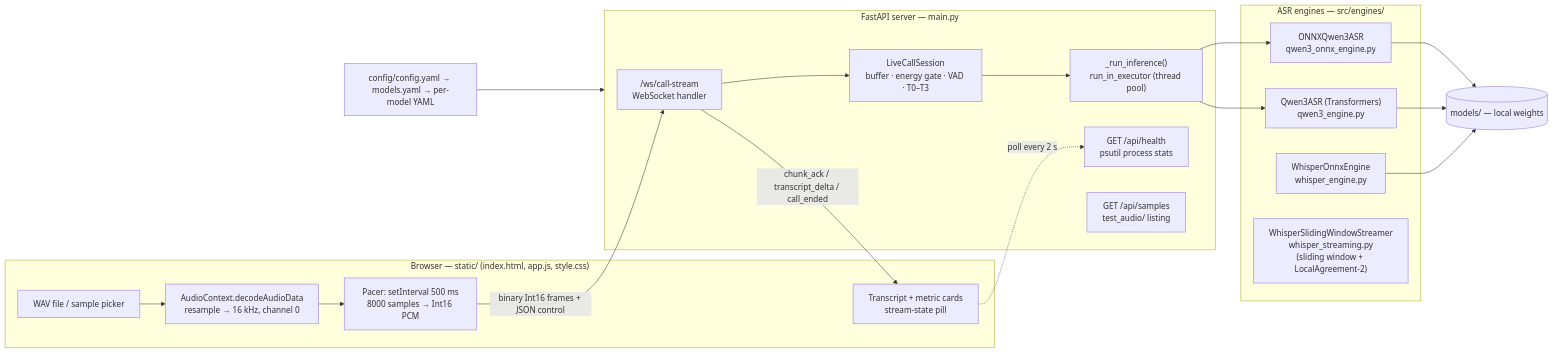
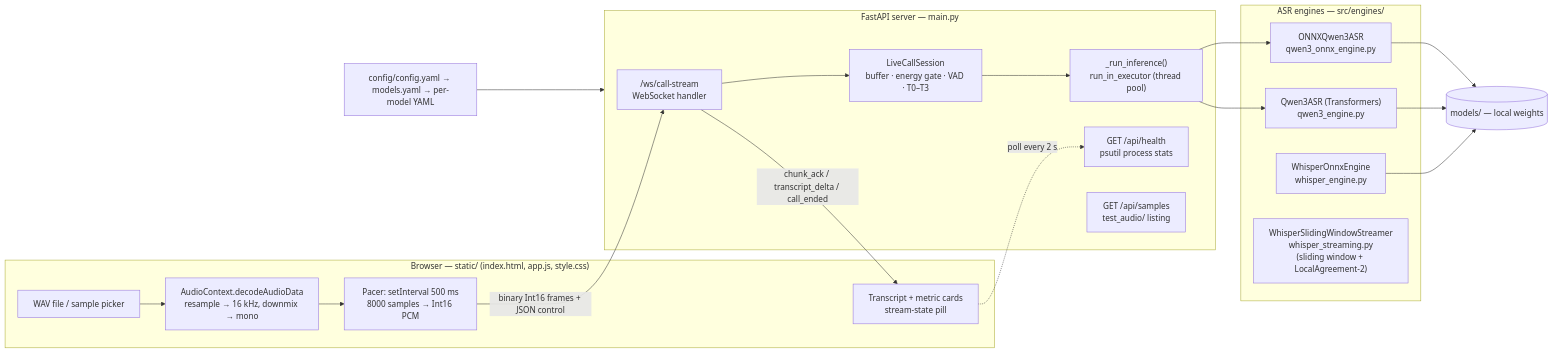
Before and after one commit to naseemap47/RT-MASR-CPU: the first of 3 diagrams in docs/arch/architecture.md, drawn with Mermaid. The commit also changed other lines of this file and 7 other files, not shown here.

````diff
--- a/docs/arch/architecture.md
+++ b/docs/arch/architecture.md
@@ -14,38 +14,38 @@
 ```mermaid
 flowchart LR
     subgraph Browser["Browser — static/ (index.html, app.js, style.css)"]
-        WAV["WAV file / sample picker"] --> DEC["AudioContext.decodeAudioData<br/>resample → 16 kHz, channel 0"]
+        WAV["WAV file / sample picker"] --> DEC["AudioContext.decodeAudioData<br/>resample → 16 kHz, downmix → mono"]
         DEC --> PACE["Pacer: setInterval 500 ms<br/>8000 samples → Int16 PCM"]
         UI["Transcript + metric cards<br/>stream-state pill"]
     end
 
     subgraph Server["FastAPI server — main.py"]
         WS["/ws/call-stream<br/>WebSocket handler"]
         SESS["LiveCallSession<br/>buffer · energy gate · VAD · T0–T3"]
         EXEC["_run_inference()<br/>run_in_executor (thread pool)"]
         HEALTH["GET /api/health<br/>psutil process stats"]
         SAMPLES["GET /api/samples<br/>test_audio/ listing"]
     end
 
     subgraph Engines["ASR engines — src/engines/"]
         ONNX["ONNXQwen3ASR<br/>qwen3_onnx_engine.py"]
         HF["Qwen3ASR (Transformers)<br/>qwen3_engine.py"]
         WH["WhisperOnnxEngine<br/>whisper_engine.py"]
         SW["WhisperSlidingWindowStreamer<br/>whisper_streaming.py<br/>(sliding window + LocalAgreement-2)"]
     end
 
     CFG["config/config.yaml → models.yaml → per-model YAML"]
     MODELS[("models/ — local weights")]
 
     PACE -- "binary Int16 frames + JSON control" --> WS
     WS --> SESS
     SESS --> EXEC
     EXEC --> ONNX
     EXEC --> HF
     WS -- "chunk_ack / transcript_delta / call_ended" --> UI
     UI -.->|poll every 2 s| HEALTH
     CFG --> Server
     ONNX --> MODELS
     HF --> MODELS
     WH --> MODELS
 ```
````
